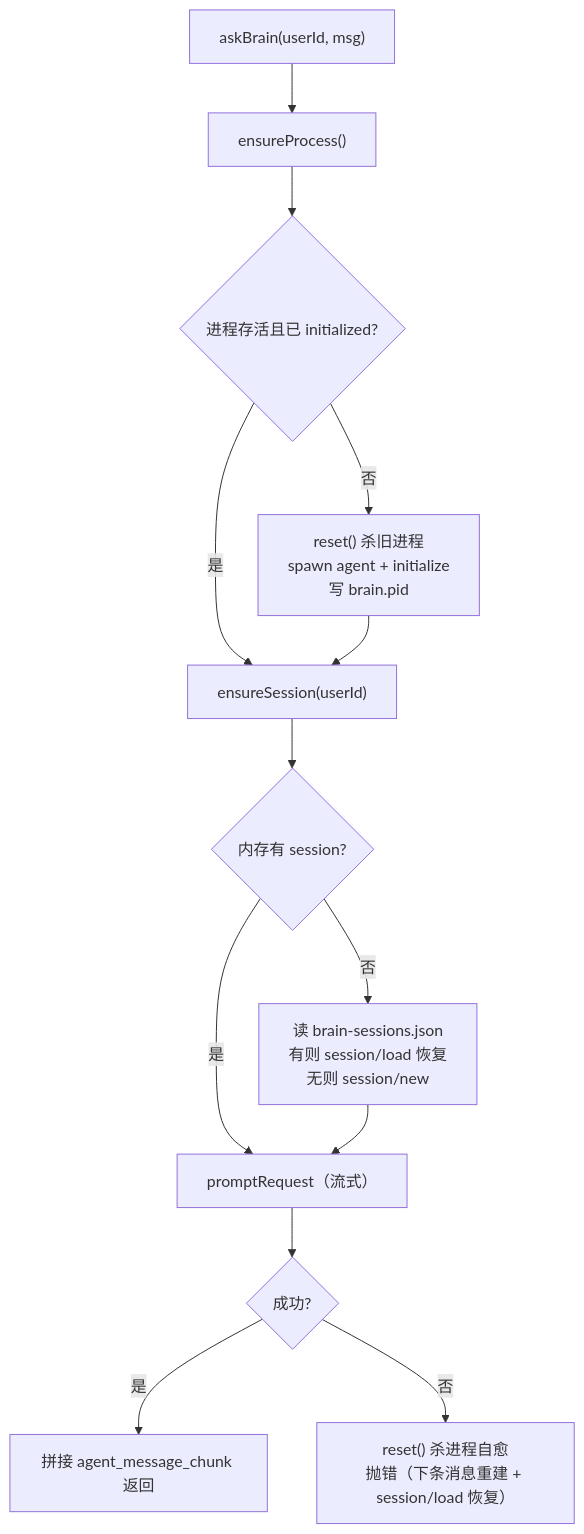
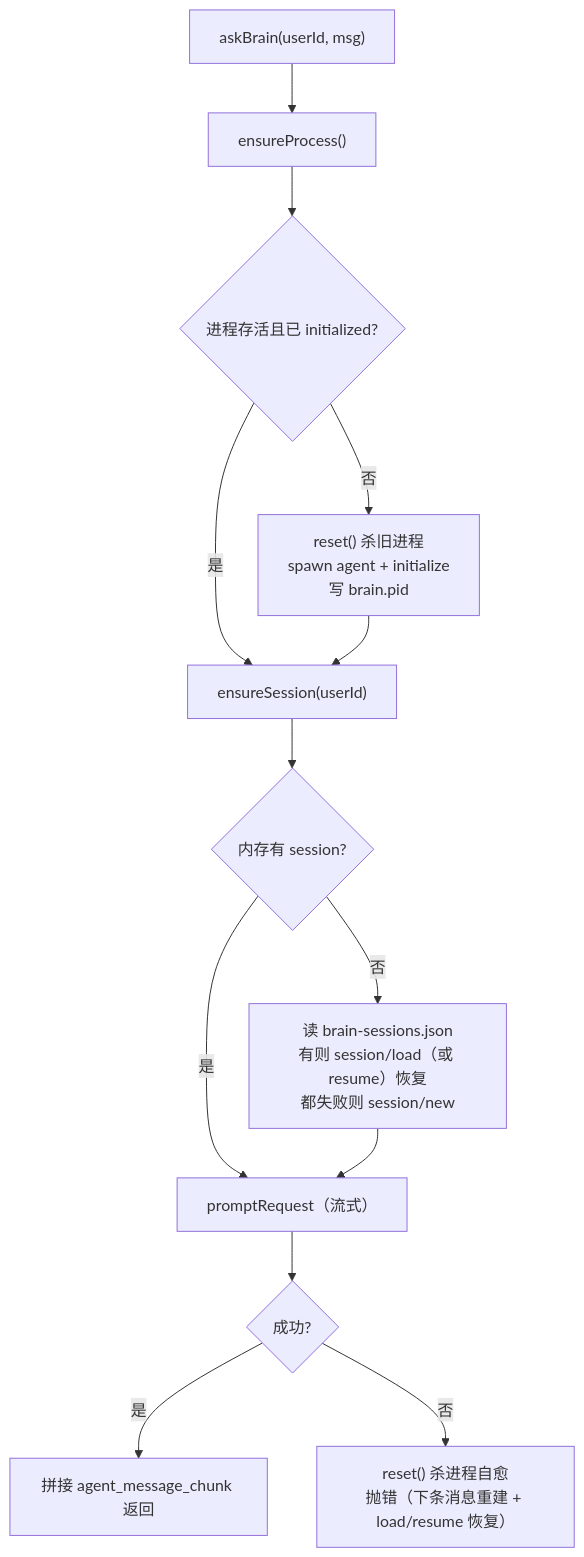
One commit to imwangpan/WeMind changed the diagram in docs/repowiki/06-ACP-大脑与沙箱.md. Above: the diagram before and after it, drawn with Mermaid. The commit also changed other lines of this file and 32 other files, not shown here.

````diff
--- a/docs/repowiki/06-ACP-大脑与沙箱.md
+++ b/docs/repowiki/06-ACP-大脑与沙箱.md
@@ -29,15 +33,15 @@
 ```mermaid
 graph TD
     A["askBrain(userId, msg)"] --> B["ensureProcess()"]
     B --> C{"进程存活且已 initialized?"}
     C -->|否| D["reset() 杀旧进程<br/>spawn agent + initialize<br/>写 brain.pid"]
     C -->|是| E
     D --> E["ensureSession(userId)"]
     E --> F{"内存有 session?"}
-    F -->|否| G["读 brain-sessions.json<br/>有则 session/load 恢复<br/>无则 session/new"]
+    F -->|否| G["读 brain-sessions.json<br/>有则 session/load（或 resume）恢复<br/>都失败则 session/new"]
     F -->|是| H
     G --> H["promptRequest（流式）"]
     H --> I{"成功?"}
     I -->|是| J["拼接 agent_message_chunk 返回"]
-    I -->|否| K["reset() 杀进程自愈<br/>抛错（下条消息重建 + session/load 恢复）"]
+    I -->|否| K["reset() 杀进程自愈<br/>抛错（下条消息重建 + load/resume 恢复）"]
 ```
````
